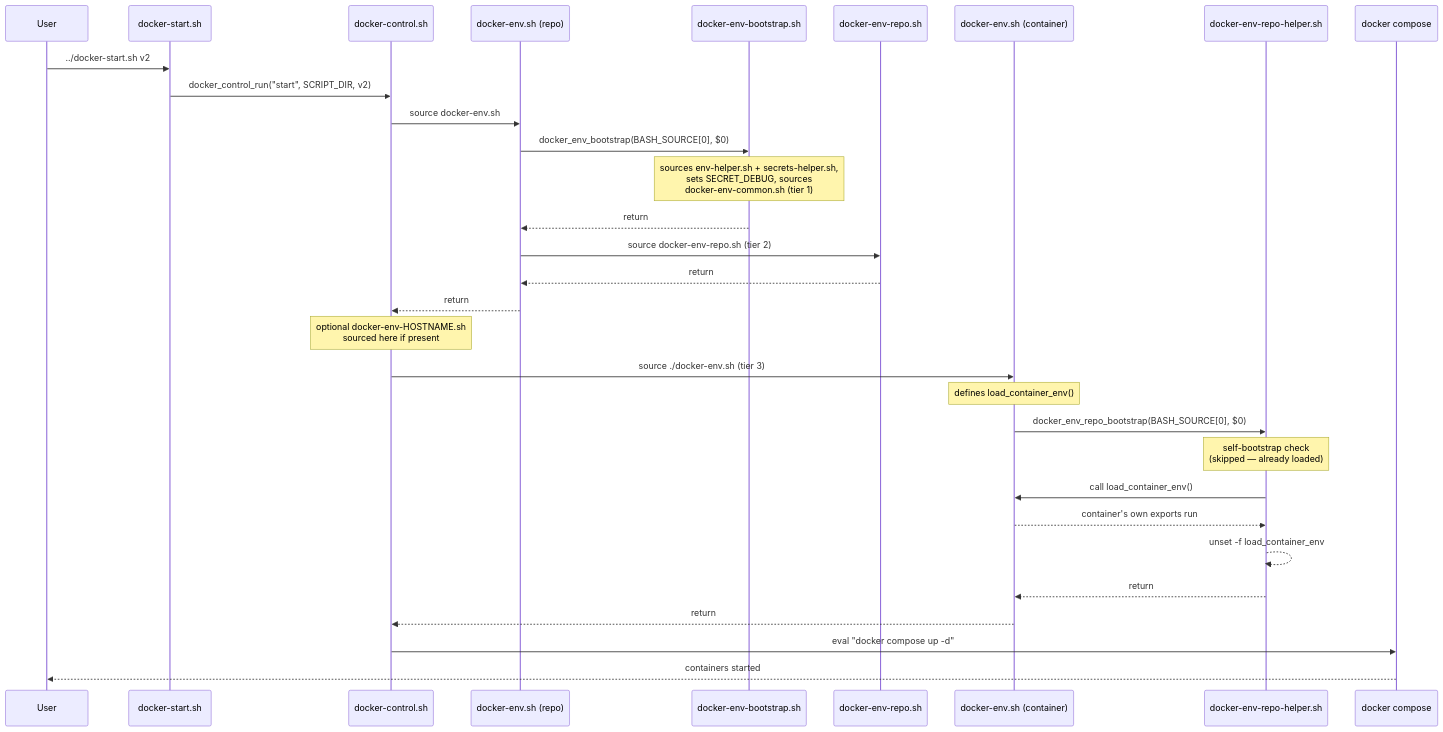
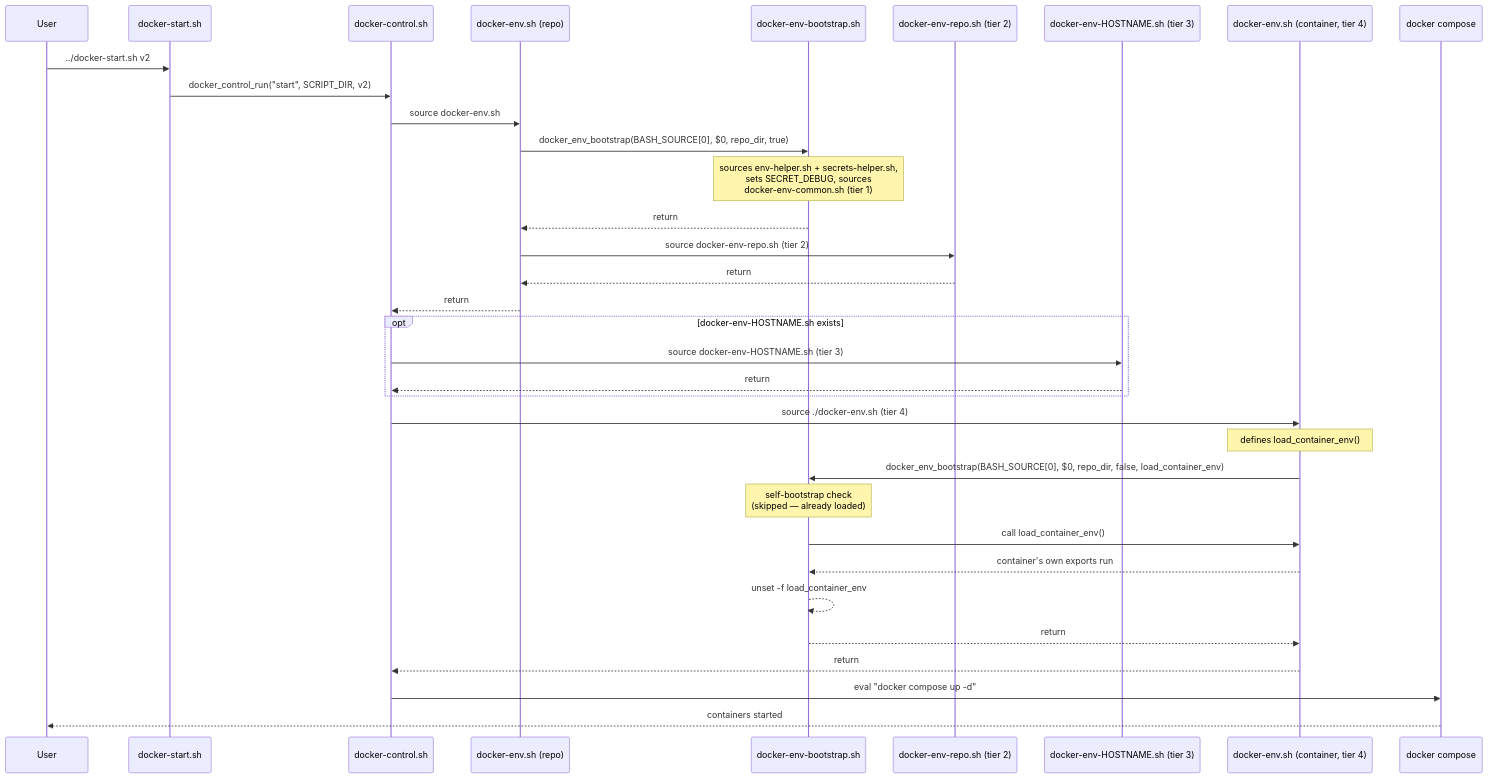
One commit to gregrob/docker-homelab changed the diagram in README.md. Above: the diagram before and after it, drawn with Mermaid. The commit also changed other lines of this file, not shown here.

````diff
--- a/README.md
+++ b/README.md
@@ -74,34 +87,37 @@
 ```mermaid
 sequenceDiagram
     participant U as User
     participant Start as docker-start.sh
     participant Control as docker-control.sh
     participant RepoEnv as docker-env.sh (repo)
     participant Bootstrap as docker-env-bootstrap.sh
-    participant RepoCommon as docker-env-repo.sh
-    participant ContainerEnv as docker-env.sh (container)
-    participant RepoHelper as docker-env-repo-helper.sh
+    participant RepoCommon as docker-env-repo.sh (tier 2)
+    participant HostEnv as docker-env-HOSTNAME.sh (tier 3)
+    participant ContainerEnv as docker-env.sh (container, tier 4)
     participant Compose as docker compose
 
     U->>Start: ../docker-start.sh v2
     Start->>Control: docker_control_run("start", SCRIPT_DIR, v2)
     Control->>RepoEnv: source docker-env.sh
-    RepoEnv->>Bootstrap: docker_env_bootstrap(BASH_SOURCE[0], $0)
+    RepoEnv->>Bootstrap: docker_env_bootstrap(BASH_SOURCE[0], $0, repo_dir, true)
     Note over Bootstrap: sources env-helper.sh + secrets-helper.sh,<br/>sets SECRET_DEBUG, sources<br/>docker-env-common.sh (tier 1)
     Bootstrap-->>RepoEnv: return
     RepoEnv->>RepoCommon: source docker-env-repo.sh (tier 2)
     RepoCommon-->>RepoEnv: return
     RepoEnv-->>Control: return
-    Note over Control: optional docker-env-HOSTNAME.sh<br/>sourced here if present
-    Control->>ContainerEnv: source ./docker-env.sh (tier 3)
+    opt docker-env-HOSTNAME.sh exists
+        Control->>HostEnv: source docker-env-HOSTNAME.sh (tier 3)
+        HostEnv-->>Control: return
+    end
+    Control->>ContainerEnv: source ./docker-env.sh (tier 4)
     Note over ContainerEnv: defines load_container_env()
-    ContainerEnv->>RepoHelper: docker_env_repo_bootstrap(BASH_SOURCE[0], $0)
-    Note over RepoHelper: self-bootstrap check<br/>(skipped — already loaded)
-    RepoHelper->>ContainerEnv: call load_container_env()
-    ContainerEnv-->>RepoHelper: container's own exports run
-    RepoHelper-->>RepoHelper: unset -f load_container_env
-    RepoHelper-->>ContainerEnv: return
+    ContainerEnv->>Bootstrap: docker_env_bootstrap(BASH_SOURCE[0], $0, repo_dir, false, load_container_env)
+    Note over Bootstrap: self-bootstrap check<br/>(skipped — already loaded)
+    Bootstrap->>ContainerEnv: call load_container_env()
+    ContainerEnv-->>Bootstrap: container's own exports run
+    Bootstrap-->>Bootstrap: unset -f load_container_env
+    Bootstrap-->>ContainerEnv: return
     ContainerEnv-->>Control: return
     Control->>Compose: eval "docker compose up -d"
     Compose-->>U: containers started
 ```
````
